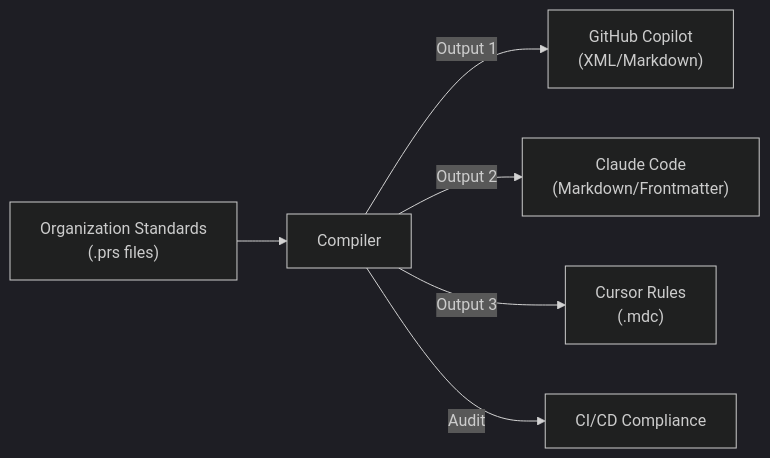
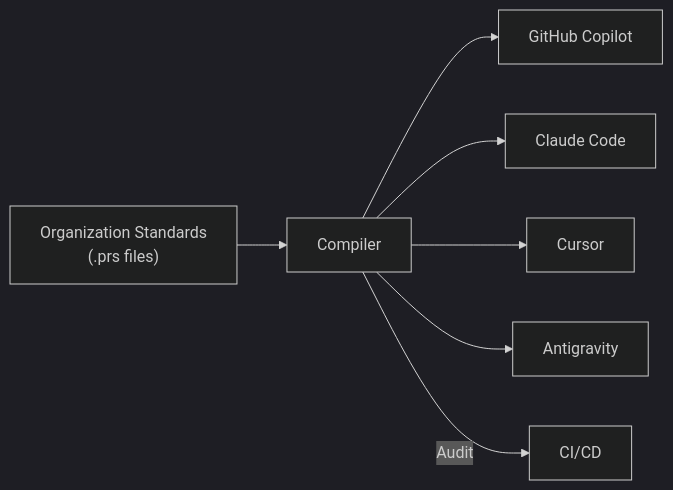
The diagram in docs/index.md (mrwogu/promptscript), drawn with Mermaid (dark theme) before and after one commit. The commit also changed other lines of this file and 6 other files, not shown here.

````diff
--- a/docs/index.md
+++ b/docs/index.md
@@ -62,8 +62,9 @@
 ```mermaid
 flowchart LR
     Central["Organization Standards<br/>(.prs files)"] --> Compiler
-    Compiler -->|Output 1| Copilot["GitHub Copilot<br/>(XML/Markdown)"]
-    Compiler -->|Output 2| Claude["Claude Code<br/>(Markdown/Frontmatter)"]
-    Compiler -->|Output 3| Cursor["Cursor Rules<br/>(.mdc)"]
-    Compiler -->|Audit| CI["CI/CD Compliance"]
+    Compiler --> Copilot["GitHub Copilot"]
+    Compiler --> Claude["Claude Code"]
+    Compiler --> Cursor["Cursor"]
+    Compiler --> Antigravity["Antigravity"]
+    Compiler -->|Audit| CI["CI/CD"]
 ```
````
